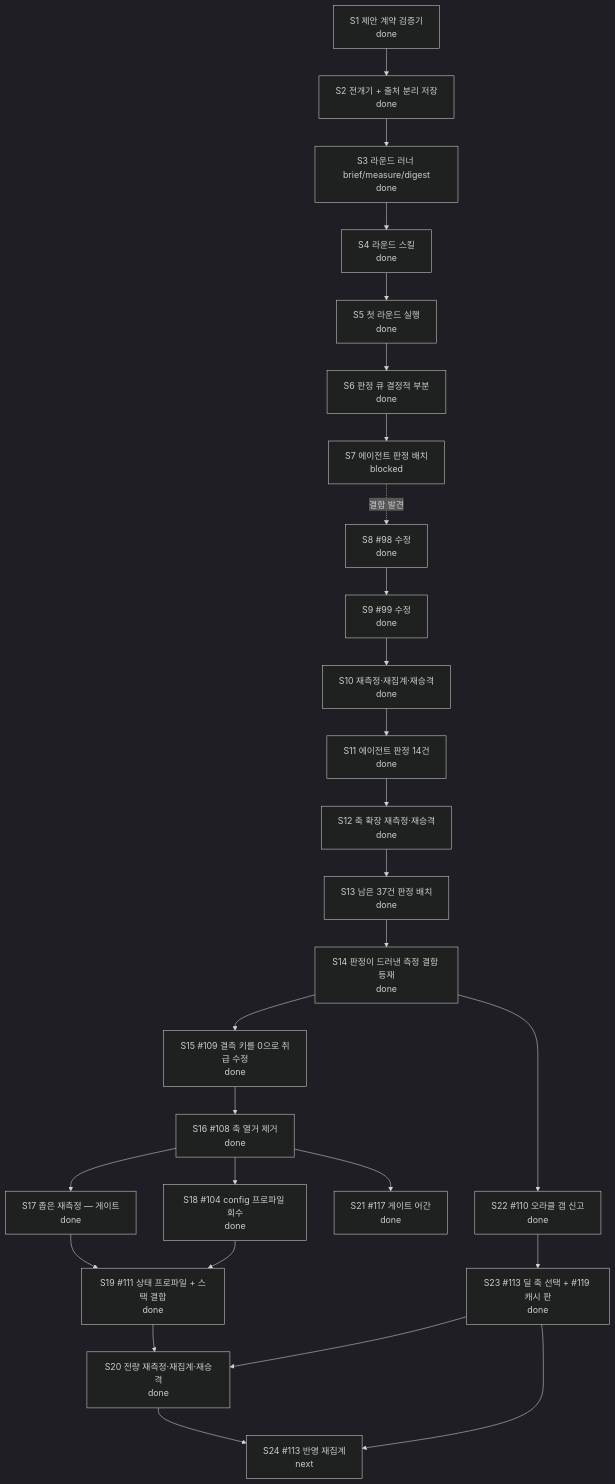
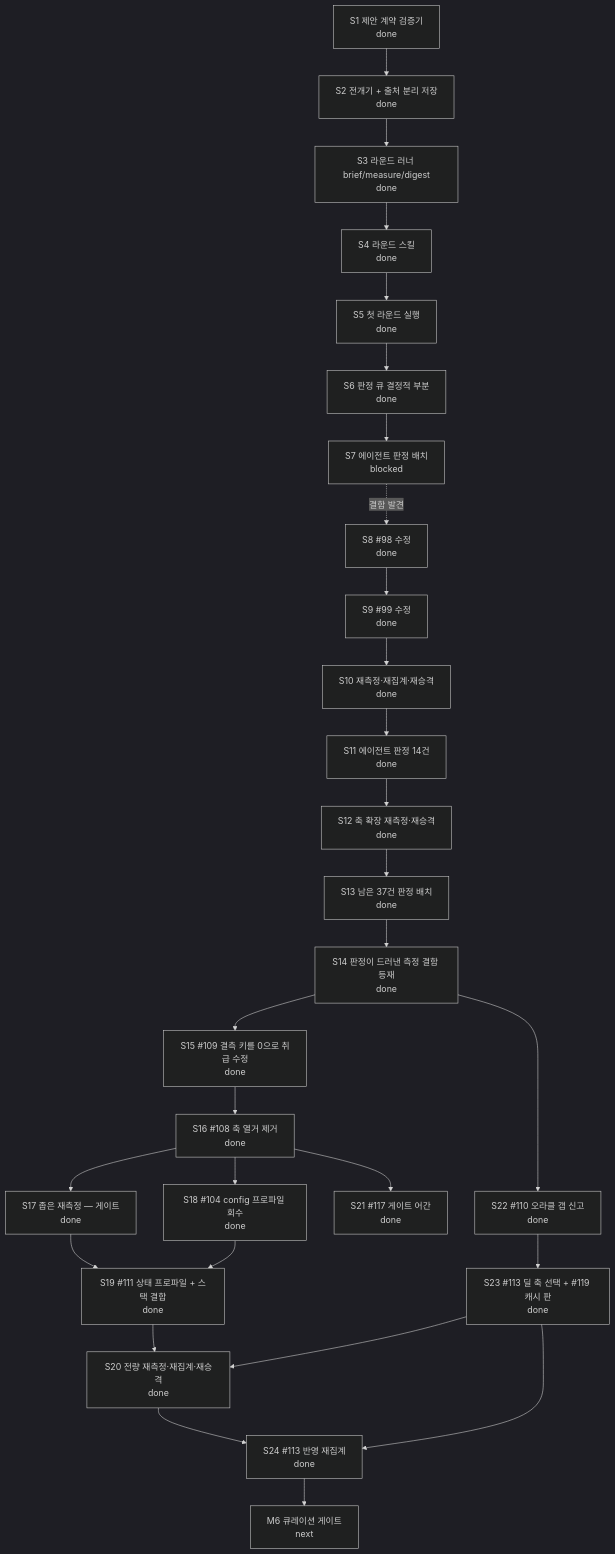
The diagram in docs/CURRENT-PLAN.md (skerfolg/poe2-ai-wiki), drawn with Mermaid (dark theme) before and after one commit. The commit also changed other lines of this file, not shown here.

````diff
--- a/docs/CURRENT-PLAN.md
+++ b/docs/CURRENT-PLAN.md
@@ -23,36 +23,38 @@
 ```mermaid
 flowchart TD
   CONTRACT[S1 제안 계약 검증기<br/>done]
   FLOW[S2 전개기 + 출처 분리 저장<br/>done]
   ROUND[S3 라운드 러너 brief/measure/digest<br/>done]
   SKILL[S4 라운드 스킬<br/>done]
   FIRST[S5 첫 라운드 실행<br/>done]
   NECESS[S6 판정 큐 결정적 부분<br/>done]
   JUDGE[S7 에이전트 판정 배치<br/>blocked]
   FIX[S8 #98 수정<br/>done]
   REMEAS[S9 #99 수정<br/>done]
   REAGG[S10 재측정·재집계·재승격<br/>done]
   RESUME[S11 에이전트 판정 14건<br/>done]
   AXES[S12 축 확장 재측정·재승격<br/>done]
   NEXT2[S13 남은 37건 판정 배치<br/>done]
   DEF[S14 판정이 드러낸 측정 결함 등재<br/>done]
   FIXDELTA[S15 #109 결측 키를 0으로 취급 수정<br/>done]
   WIDEN[S16 #108 축 열거 제거<br/>done]
   NARROW[S17 좁은 재측정 — 게이트<br/>done]
   CFG[S18 #104 config 프로파일 회수<br/>done]
   CPL[S19 #111 상태 프로파일 + 스택 결합<br/>done]
   FULL[S20 전량 재측정·재집계·재승격<br/>done]
   STEM[S21 #117 게이트 어간<br/>done]
   ORACLE[S22 #110 오라클 갭 신고<br/>done]
   AXIS[S23 #113 딜 축 선택 + #119 캐시 판<br/>done]
-  REAGG2[S24 #113 반영 재집계<br/>next]
+  REAGG2[S24 #113 반영 재집계<br/>done]
+  M6[M6 큐레이션 게이트<br/>next]
   CONTRACT --> FLOW --> ROUND --> SKILL --> FIRST --> NECESS --> JUDGE
   JUDGE -. 결함 발견 .-> FIX --> REMEAS --> REAGG --> RESUME --> AXES --> NEXT2
   NEXT2 --> DEF --> FIXDELTA --> WIDEN --> NARROW --> CPL --> FULL
   WIDEN --> CFG --> CPL
   WIDEN --> STEM
   DEF --> ORACLE
   ORACLE --> AXIS --> FULL
   FULL --> REAGG2
   AXIS --> REAGG2
+  REAGG2 --> M6
 ```
````
